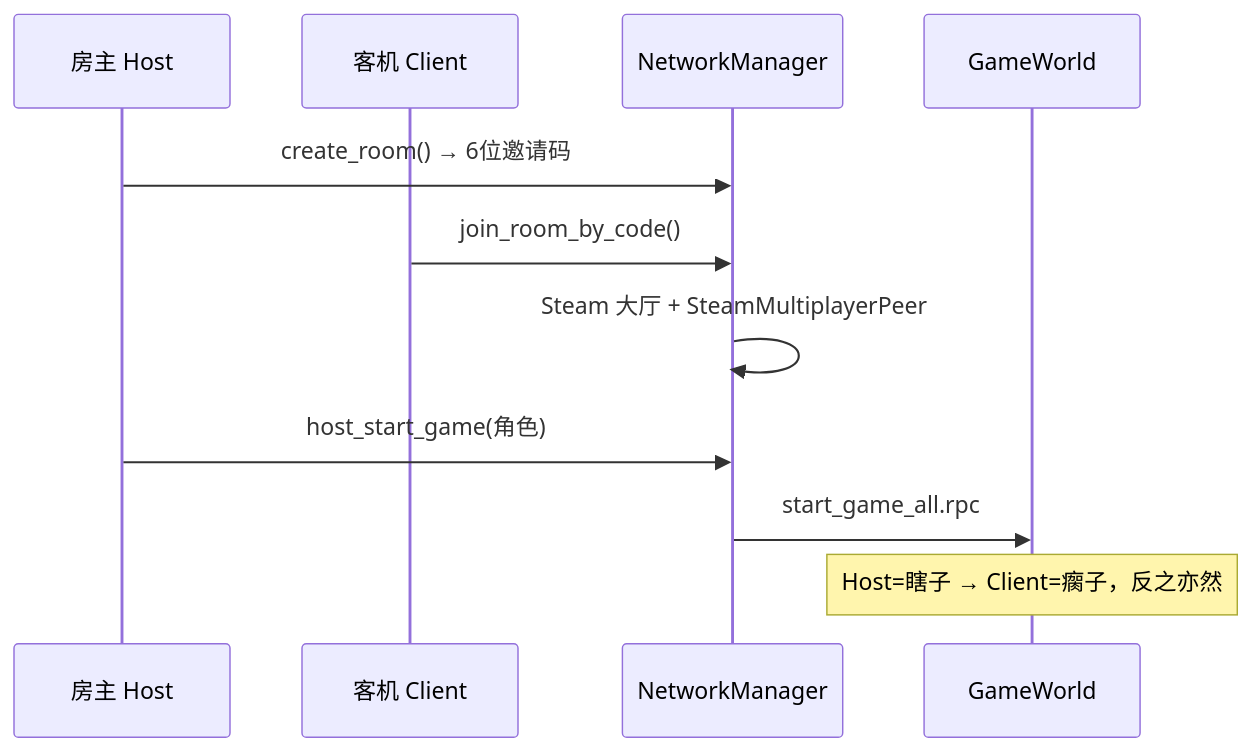
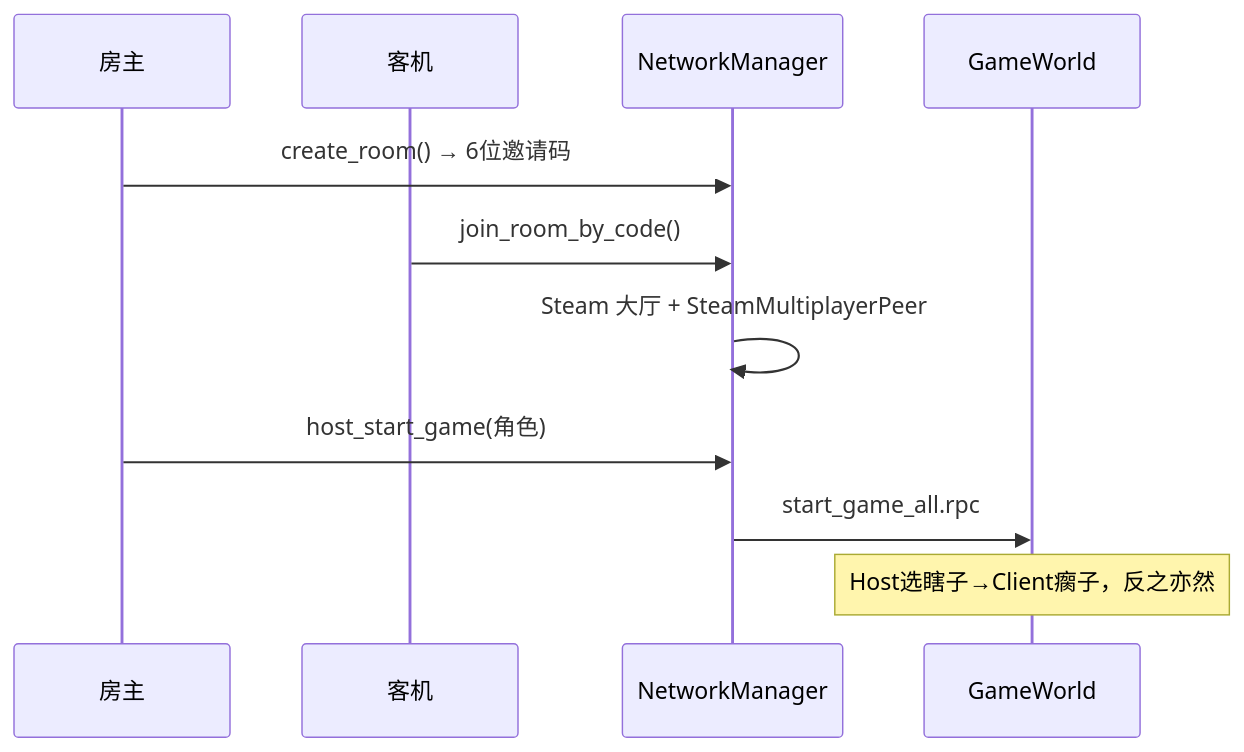
One commit to 05-chen/The_Game_Jam_Object changed the second of 5 diagrams in README.md. Above: the diagram before and after it, drawn with Mermaid. The commit also changed other lines of this file, not shown here.

````diff
--- a/README.md
+++ b/README.md
@@ -139,14 +128,14 @@
 ```mermaid
 sequenceDiagram
-    participant A as 房主 Host
-    participant B as 客机 Client
+    participant Host as 房主
+    participant Client as 客机
     participant NM as NetworkManager
     participant GW as GameWorld
 
-    A->>NM: create_room() → 6位邀请码
-    B->>NM: join_room_by_code()
+    Host->>NM: create_room() → 6位邀请码
+    Client->>NM: join_room_by_code()
     NM->>NM: Steam 大厅 + SteamMultiplayerPeer
-    A->>NM: host_start_game(角色)
+    Host->>NM: host_start_game(角色)
     NM->>GW: start_game_all.rpc
-    Note over GW: Host=瞎子 → Client=瘸子，反之亦然
+    Note over GW: Host选瞎子→Client瘸子，反之亦然
 ```
````
